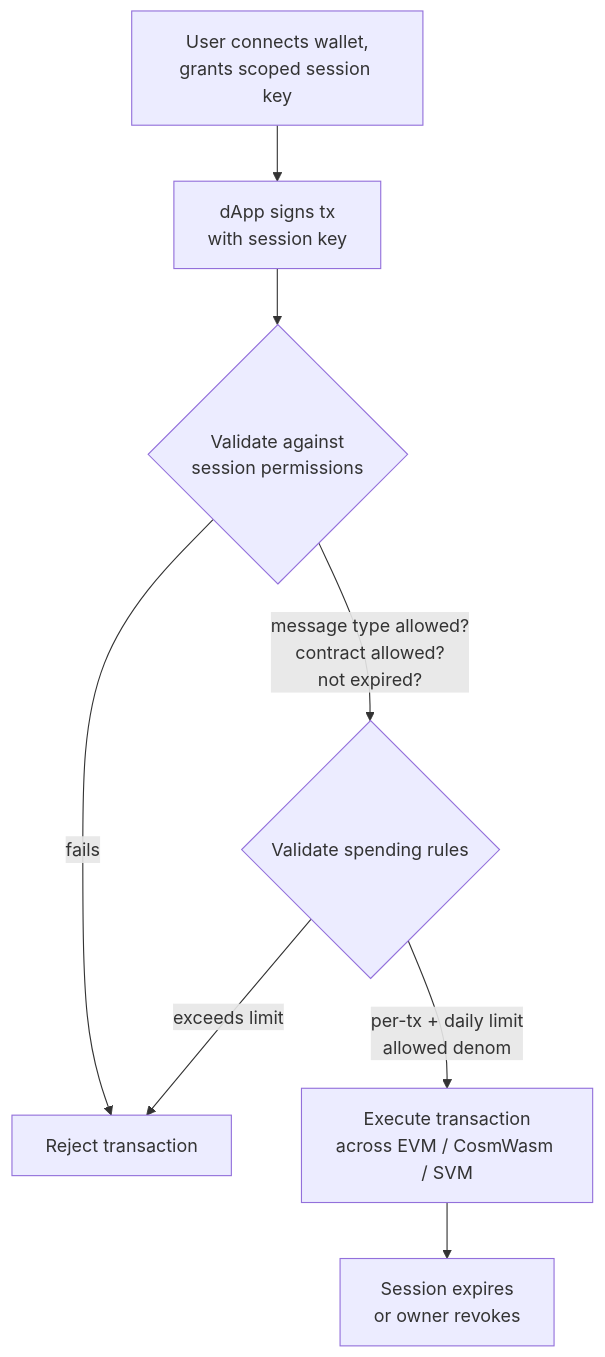
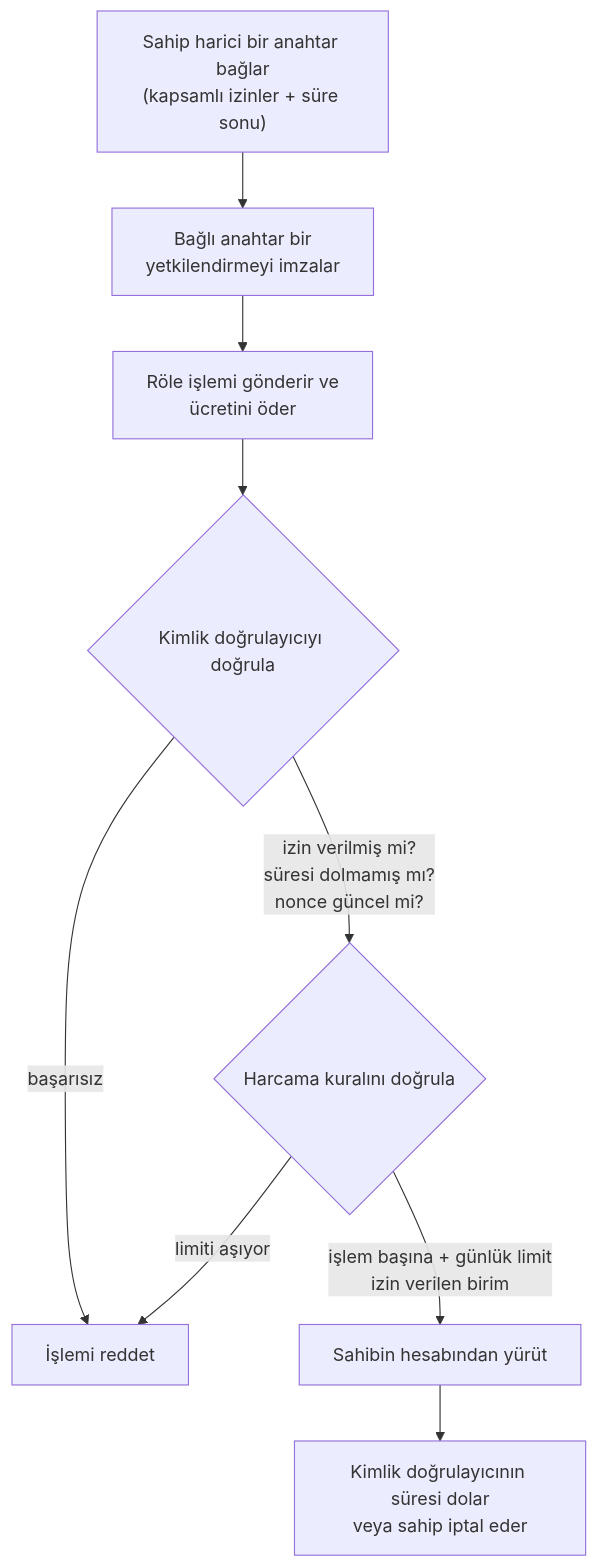
The diagram in i18n/tr/docusaurus-plugin-content-docs/current/developer-guide/account-abstraction.md (qorechain/qorechain-docs), drawn with Mermaid before and after one commit. The commit also changed other lines of this file and 1055 other files, not shown here.

````diff
--- a/i18n/tr/docusaurus-plugin-content-docs/current/developer-guide/account-abstraction.md
+++ b/i18n/tr/docusaurus-plugin-content-docs/current/developer-guide/account-abstraction.md
@@ -28,10 +34,11 @@
 ```mermaid
 flowchart TD
-    A["User connects wallet,<br/>grants scoped session key"] --> B["dApp signs tx<br/>with session key"]
-    B --> C{"Validate against<br/>session permissions"}
-    C -- "message type allowed?<br/>contract allowed?<br/>not expired?" --> D{"Validate spending rules"}
-    C -- "fails" --> R["Reject transaction"]
-    D -- "per-tx + daily limit<br/>allowed denom" --> E["Execute transaction<br/>across EVM / CosmWasm / SVM"]
-    D -- "exceeds limit" --> R
-    E --> F["Session expires<br/>or owner revokes"]
+    A["Sahip harici bir anahtar bağlar<br/>(kapsamlı izinler + süre sonu)"] --> B["Bağlı anahtar bir<br/>yetkilendirmeyi imzalar"]
+    B --> C["Röle işlemi gönderir ve<br/>ücretini öder"]
+    C --> D{"Kimlik doğrulayıcıyı doğrula"}
+    D -- "izin verilmiş mi?<br/>süresi dolmamış mı?<br/>nonce güncel mi?" --> E{"Harcama kuralını doğrula"}
+    D -- "başarısız" --> R["İşlemi reddet"]
+    E -- "işlem başına + günlük limit<br/>izin verilen birim" --> F["Sahibin hesabından yürüt"]
+    E -- "limiti aşıyor" --> R
+    F --> G["Kimlik doğrulayıcının süresi dolar<br/>veya sahip iptal eder"]
 ```
````
